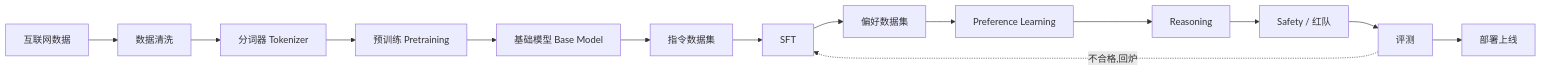
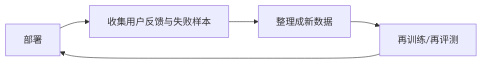
Before and after one commit to AI-learning-simple/Build-Your-Own-LLM: the third of 3 diagrams in 2. Alignment 与训练工程/1. 模型对齐（Alignment）——从基础模型到对话助手.md, drawn with Mermaid. The commit also changed other lines of this file and 65 other files, not shown here.

````diff
--- a/2. Alignment 与训练工程/1. 模型对齐（Alignment）——从基础模型到对话助手.md
+++ b/2. Alignment 与训练工程/1. 模型对齐（Alignment）——从基础模型到对话助手.md
@@ -202,8 +205,4 @@
 ```mermaid
 flowchart LR
-    A[互联网数据] --> B[数据清洗] --> C[分词器 Tokenizer] --> D[预训练 Pretraining] --> E[基础模型 Base Model]
-    E --> F[指令数据集] --> G[SFT]
-    G --> H[偏好数据集] --> I[Preference Learning]
-    I --> J[Reasoning] --> K[Safety / 红队] --> L[评测] --> M[部署上线]
-    L -.->|不合格,回炉| G
+    A[部署] --> B[收集用户反馈与失败样本] --> C[整理成新数据] --> D[再训练/再评测] --> A
 ```
````
